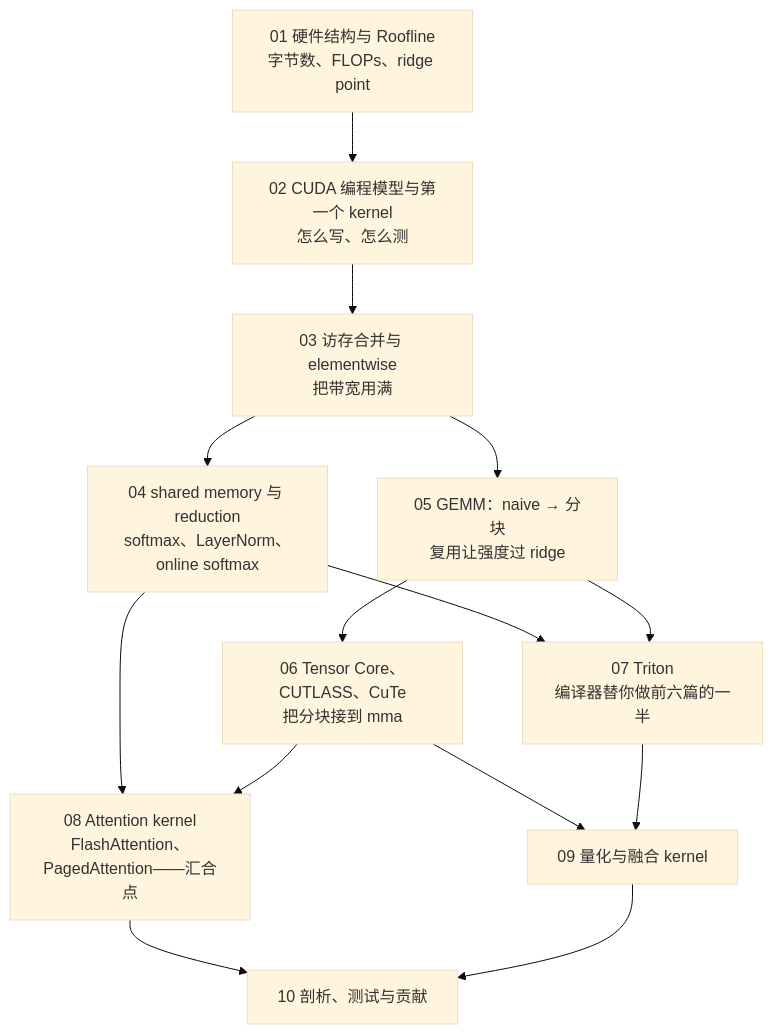
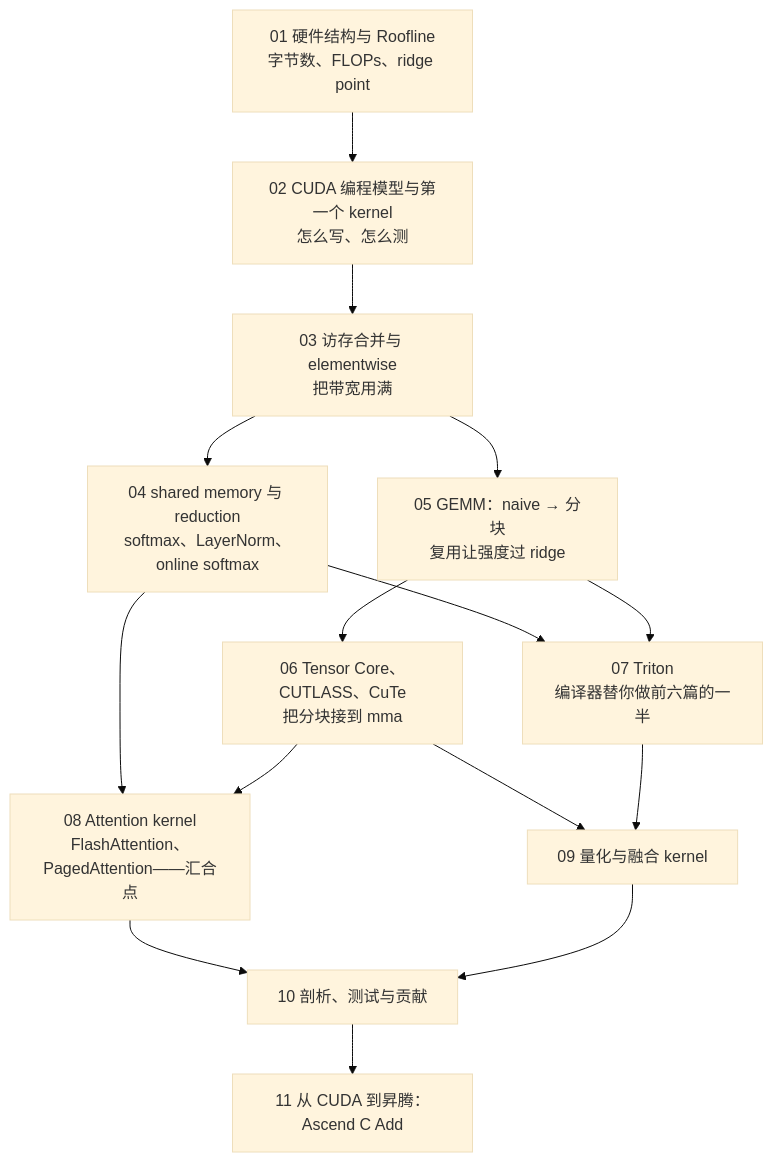
One commit to arganzheng/arganzheng.github.com changed the first of 3 diagrams in slides/2026-05-20-gpu-kernel-engineering.md. Above: the diagram before and after it, drawn with Mermaid (base theme). The commit also changed other lines of this file and 4 other files, not shown here.

Commit message:
GPU Kernel 系列新增第 11 篇：从 CUDA 到昇腾（Ascend C Add 对照），总结顺延为第 12 篇

````diff
--- a/slides/2026-05-20-gpu-kernel-engineering.md
+++ b/slides/2026-05-20-gpu-kernel-engineering.md
@@ -36,13 +36,15 @@
 ```mermaid
+%% 图：CUDA 主线与 Ascend C 独立对照的十一篇路径
 %%{init: {"flowchart": {"wrappingWidth": 180}}}%%
 flowchart TB
     G1["01 硬件结构与 Roofline<br/>字节数、FLOPs、ridge point"] --> G2["02 CUDA 编程模型与第一个 kernel<br/>怎么写、怎么测"]
     G2 --> G3["03 访存合并与 elementwise<br/>把带宽用满"]
     G3 --> G4["04 shared memory 与 reduction<br/>softmax、LayerNorm、online softmax"]
     G3 --> G5["05 GEMM：naive → 分块<br/>复用让强度过 ridge"]
     G5 --> G6["06 Tensor Core、CUTLASS、CuTe<br/>把分块接到 mma"]
     G4 & G5 --> G7["07 Triton<br/>编译器替你做前六篇的一半"]
     G4 & G6 --> G8["08 Attention kernel<br/>FlashAttention、PagedAttention——汇合点"]
     G6 & G7 --> G9["09 量化与融合 kernel"]
     G8 & G9 --> G10["10 剖析、测试与贡献"]
+    G10 --> G11["11 从 CUDA 到昇腾：Ascend C Add"]
 ```
````
